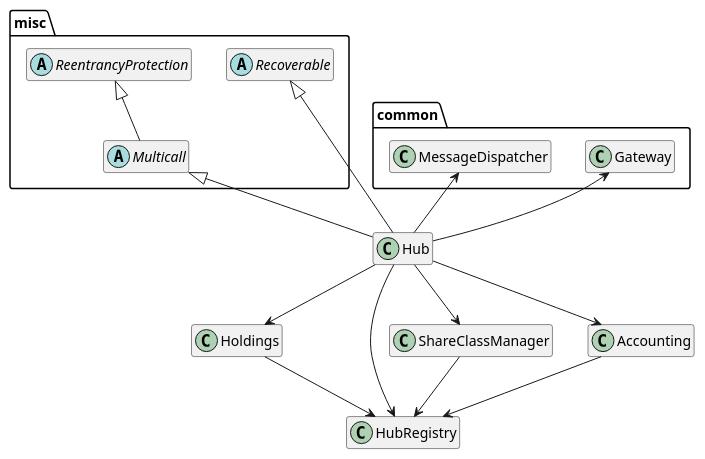
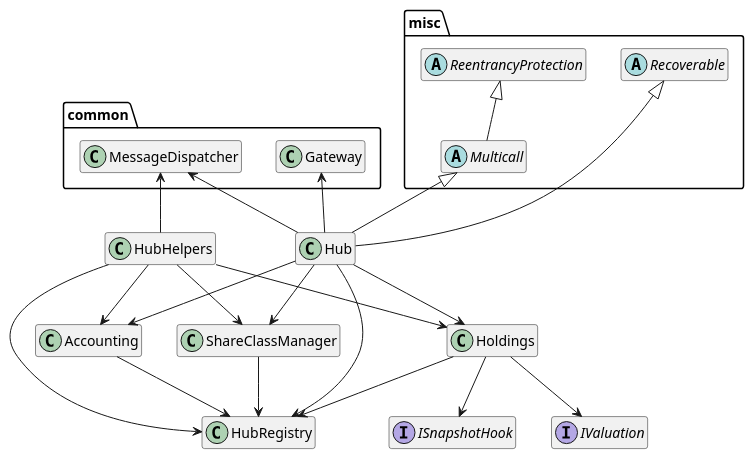
Before and after one commit to centrifuge/protocol: the diagram in docs/architecture/hub.puml, drawn with PlantUML. The commit also changed 1 other file, not shown here.

Commit message:
Update diagrams

```diff
--- a/docs/architecture/hub.puml
+++ b/docs/architecture/hub.puml
@@ -1,36 +1,47 @@
 @startuml
 hide empty members
 
 package misc {
     abstract Multicall
     abstract ReentrancyProtection
     abstract Recoverable
 }
 
 package common {
     class MessageDispatcher
     class Gateway
 }
 
 class Holdings
 class HubRegistry
 class ShareClassManager
 class Accounting
 class Hub
+class HubHelpers
+
+interface ISnapshotHook
+interface IValuation
 
 Hub -up-|> Multicall
 Multicall -up-|> ReentrancyProtection
 Hub -up-|> Recoverable
 
 Hub --> Holdings
 Hub --> HubRegistry
 Hub --> ShareClassManager
 Hub --> Accounting
+HubHelpers --> Holdings
+HubHelpers --> HubRegistry
+HubHelpers --> ShareClassManager
+HubHelpers --> Accounting
 Hub -up-> MessageDispatcher
+HubHelpers -up-> MessageDispatcher
 Hub -up-> Gateway
+Holdings --> IValuation
+Holdings --> ISnapshotHook
 
 Holdings --> HubRegistry
 ShareClassManager --> HubRegistry
 Accounting --> HubRegistry
 
 @enduml
```
